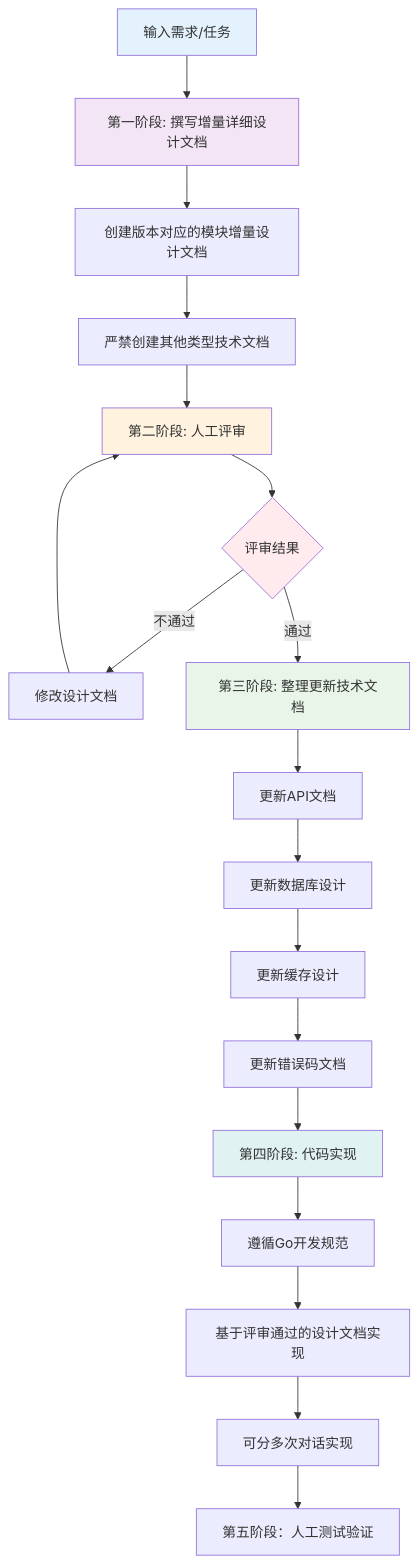
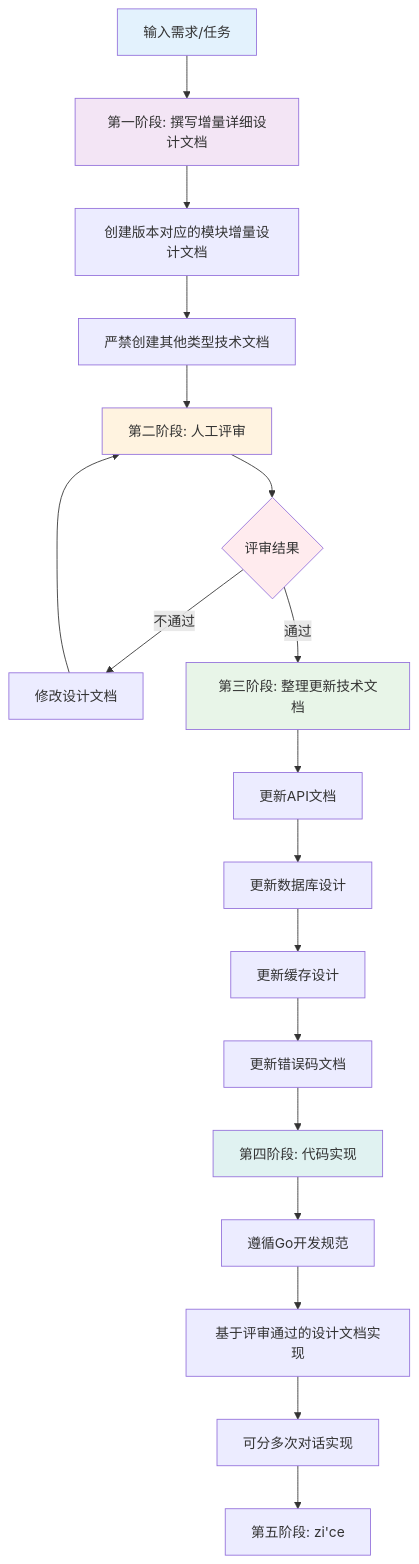
The diagram in all/未命名-1.md (yingjianzh/iodraw-files), drawn with Mermaid before and after one commit.

Commit message:
2025-10-22 17:38:11 update

````diff
--- a/all/未命名-1.md
+++ b/all/未命名-1.md
@@ -1,29 +1,29 @@
 ```mermaid
 
 flowchart TD
     A[输入需求/任务] --> B[第一阶段: 撰写增量详细设计文档]
     B --> C[创建版本对应的模块增量设计文档]
     C --> D[严禁创建其他类型技术文档]
     D --> E[第二阶段: 人工评审]
     E --> F{评审结果}
     F -->|不通过| G[修改设计文档]
     G --> E
     F -->|通过| H[第三阶段: 整理更新技术文档]
     H --> I[更新API文档]
     I --> J[更新数据库设计]
     J --> K[更新缓存设计]
     K --> L[更新错误码文档]
     L --> M[第四阶段: 代码实现]
     M --> N[遵循Go开发规范]
     N --> O[基于评审通过的设计文档实现]
     O --> P[可分多次对话实现]
-    P --> R[第五阶段：人工测试验证]
+    P --> R[第五阶段: zi'ce]
     
     style A fill:#e3f2fd
     style B fill:#f3e5f5
     style E fill:#fff3e0
     style F fill:#ffebee
     style H fill:#e8f5e8
     style M fill:#e0f2f1
 
 ```
````
